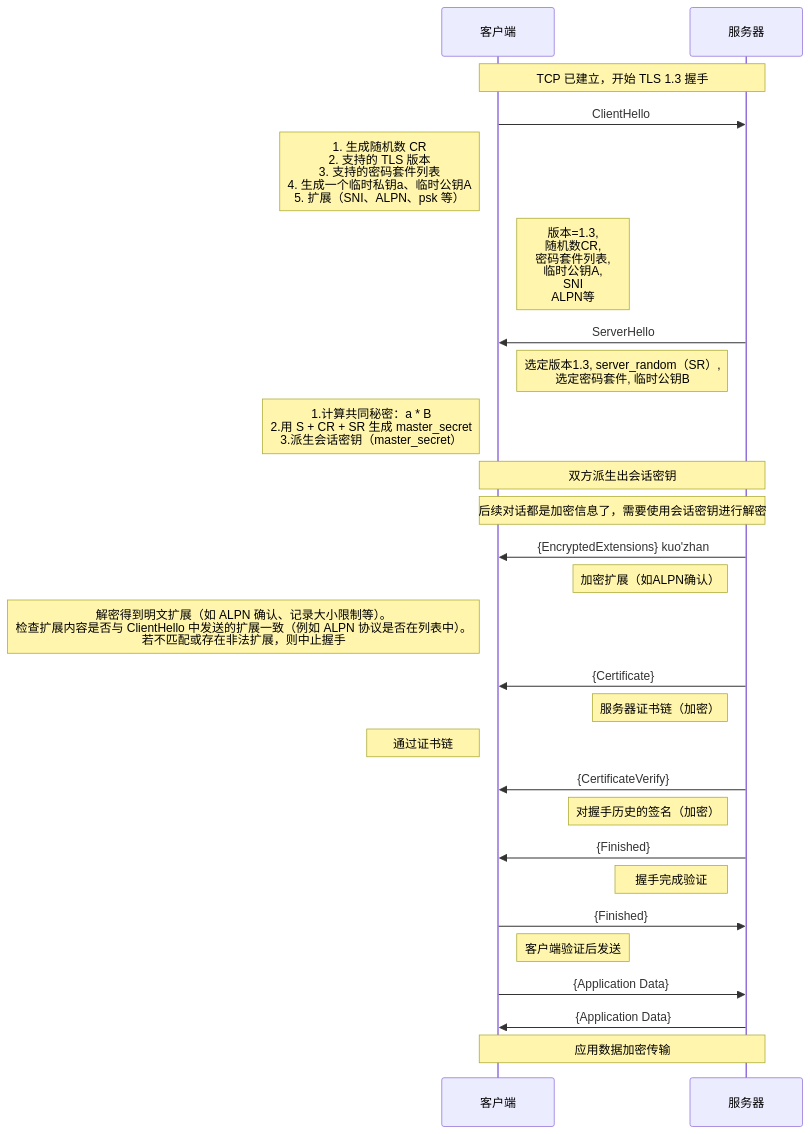
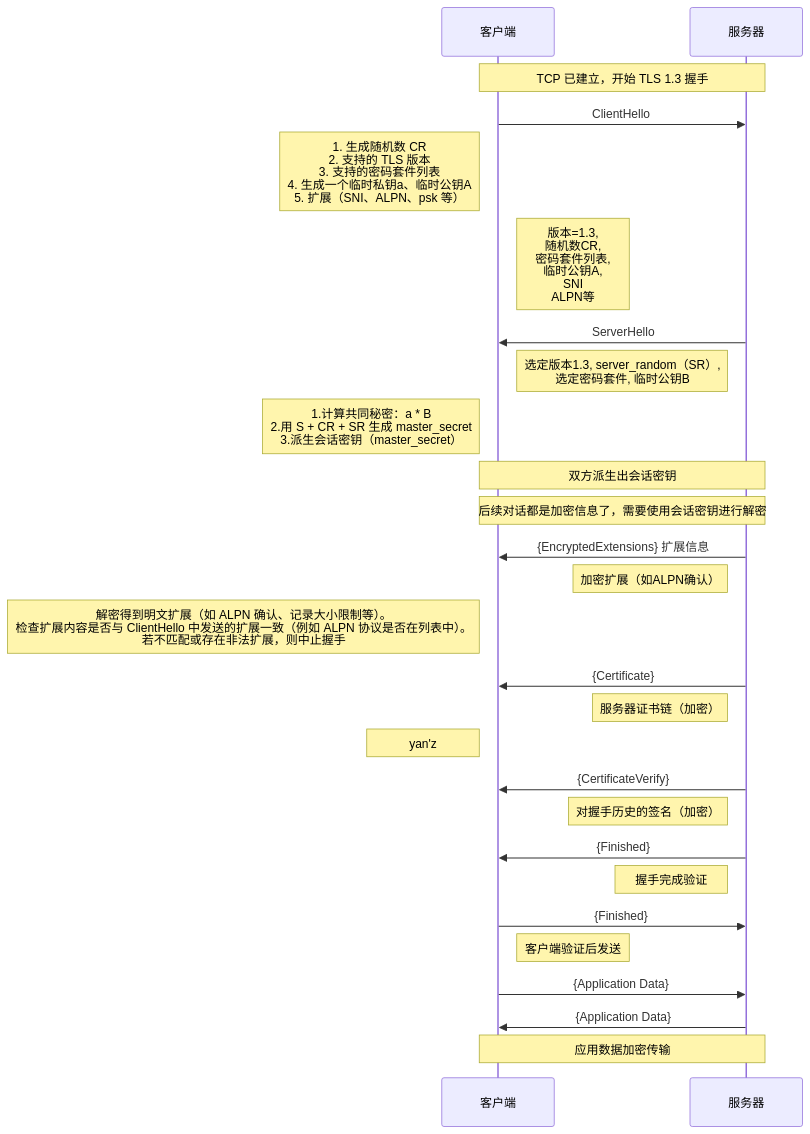
One commit to HY-10-8/iodraw-files changed the diagram in all/TLS-1.3-通用.md. Above: the diagram before and after it, drawn with Mermaid.

Commit message:
2026-03-30 18:52:54 update

````diff
--- a/all/TLS-1.3-通用.md
+++ b/all/TLS-1.3-通用.md
@@ -1,39 +1,39 @@
 ```mermaid
 sequenceDiagram
     participant C as 客户端
     participant S as 服务器
 
     Note over C,S: TCP 已建立，开始 TLS 1.3 握手
 
     C->>S: ClientHello
     Note left of C: 1. 生成随机数 CR<br/> 2. 支持的 TLS 版本<br/> 3. 支持的密码套件列表<br/> 4. 生成一个临时私钥a、临时公钥A<br/> 5. 扩展（SNI、ALPN、psk 等）
     Note right of C: 版本=1.3,<br/> 随机数CR,<br/> 密码套件列表,<br/> 临时公钥A,<br/> SNI<br/> ALPN等
 
     S->>C: ServerHello
     Note left of S: 选定版本1.3, server_random（SR）,<br/> 选定密码套件, 临时公钥B
     Note left of C: 1.计算共同秘密：a * B<br/> 2.用 S + CR + SR 生成 master_secret<br/> 3.派生会话密钥（master_secret）
 
     Note over C,S: 双方派生出会话密钥
     Note over C,S: 后续对话都是加密信息了，需要使用会话密钥进行解密
 
-    S->>C: {EncryptedExtensions} kuo'zhan
+    S->>C: {EncryptedExtensions} 扩展信息
     Note left of S: 加密扩展（如ALPN确认）
     Note left of C: 解密得到明文扩展（如 ALPN 确认、记录大小限制等）。<br/>检查扩展内容是否与 ClientHello 中发送的扩展一致（例如 ALPN 协议是否在列表中）。<br/> 若不匹配或存在非法扩展，则中止握手
 
     S->>C: {Certificate}
     Note left of S: 服务器证书链（加密）
-    Note left of C: 通过证书链
+    Note left of C: yan'z
 
     S->>C: {CertificateVerify}
     Note left of S: 对握手历史的签名（加密）
 
     S->>C: {Finished}
     Note left of S: 握手完成验证
 
     C->>S: {Finished}
     Note right of C: 客户端验证后发送
 
     C->>S: {Application Data}
     S->>C: {Application Data}
     Note over C,S: 应用数据加密传输
 ```
````
